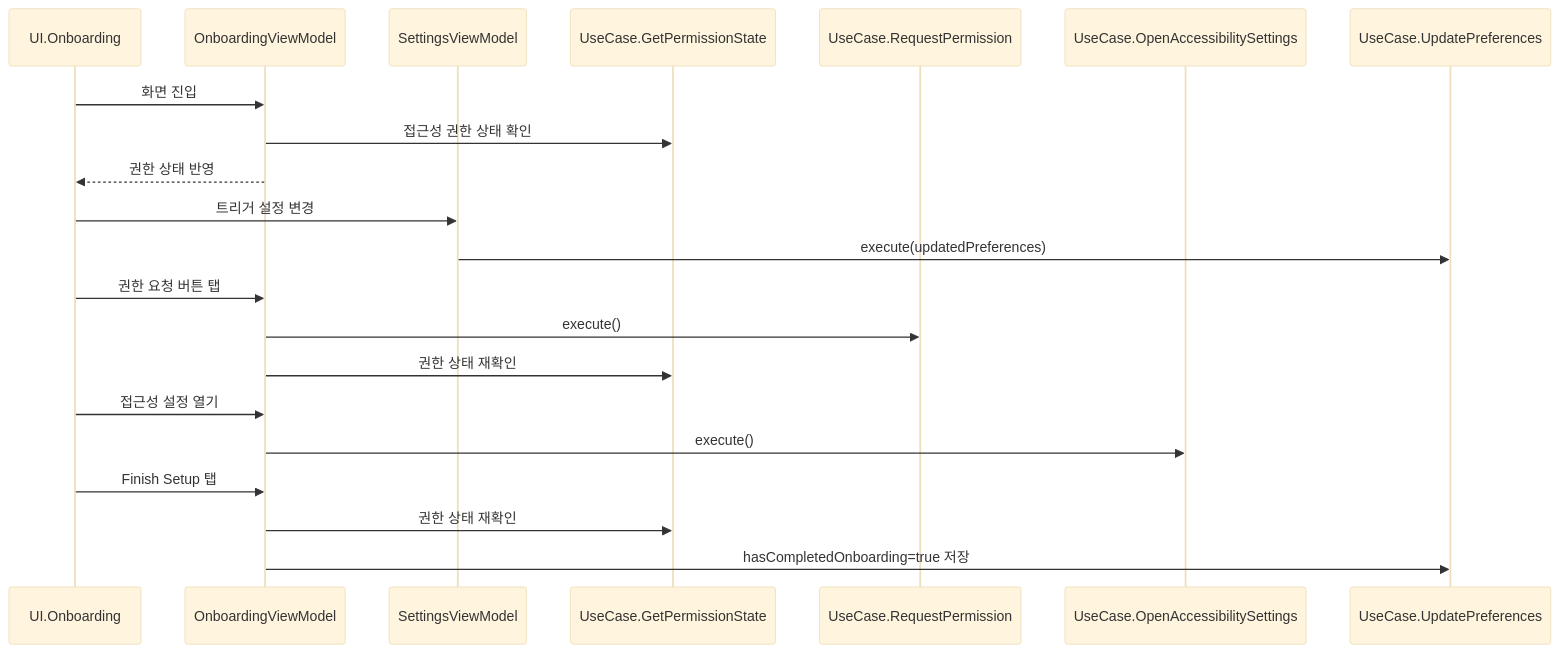
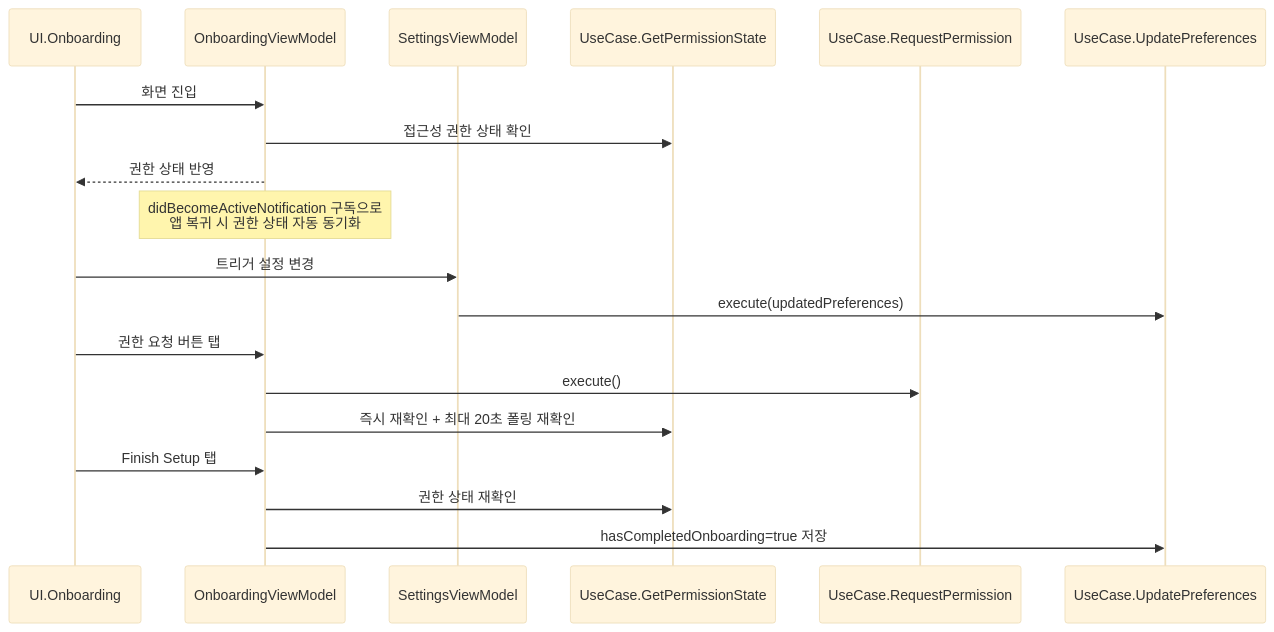
One commit to hahahoho-labs/KeydeukKeydeuk changed the fourth of 5 diagrams in AGENTS.md. Above: the diagram before and after it, drawn with Mermaid (base theme). The commit also changed other lines of this file and 6 other files, not shown here.

````diff
--- a/AGENTS.md
+++ b/AGENTS.md
@@ -202,28 +203,25 @@
 ```mermaid
 sequenceDiagram
   participant UI as UI.Onboarding
   participant OVM as OnboardingViewModel
   participant SVM as SettingsViewModel
   participant GP as UseCase.GetPermissionState
   participant RP as UseCase.RequestPermission
-  participant OA as UseCase.OpenAccessibilitySettings
   participant UP as UseCase.UpdatePreferences
 
   UI->>OVM: 화면 진입
   OVM->>GP: 접근성 권한 상태 확인
   OVM-->>UI: 권한 상태 반영
+  Note over OVM: didBecomeActiveNotification 구독으로<br/>앱 복귀 시 권한 상태 자동 동기화
 
   UI->>SVM: 트리거 설정 변경
   SVM->>UP: execute(updatedPreferences)
 
   UI->>OVM: 권한 요청 버튼 탭
   OVM->>RP: execute()
-  OVM->>GP: 권한 상태 재확인
-
-  UI->>OVM: 접근성 설정 열기
-  OVM->>OA: execute()
+  OVM->>GP: 즉시 재확인 + 최대 20초 폴링 재확인
 
   UI->>OVM: Finish Setup 탭
   OVM->>GP: 권한 상태 재확인
   OVM->>UP: hasCompletedOnboarding=true 저장
 ```
````
